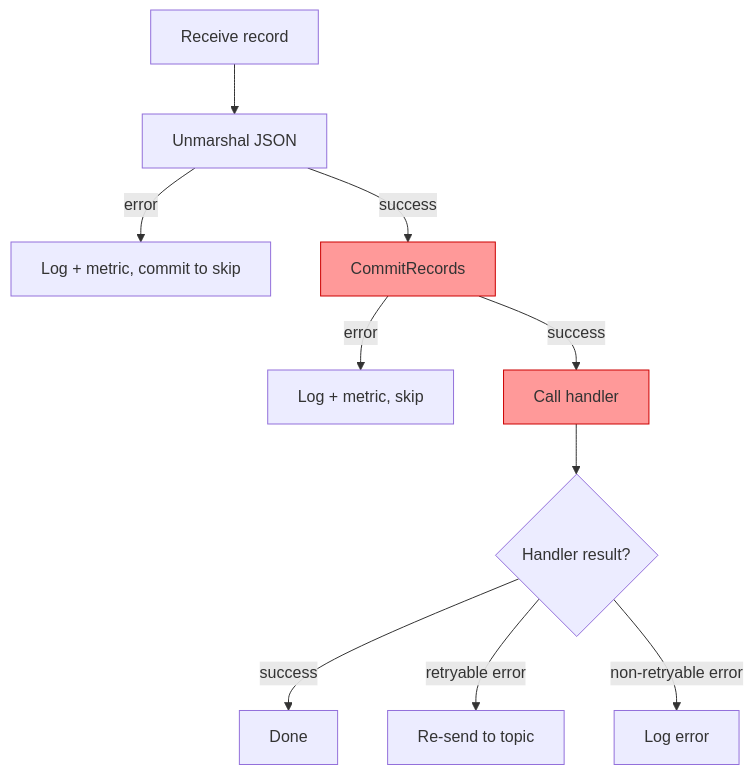
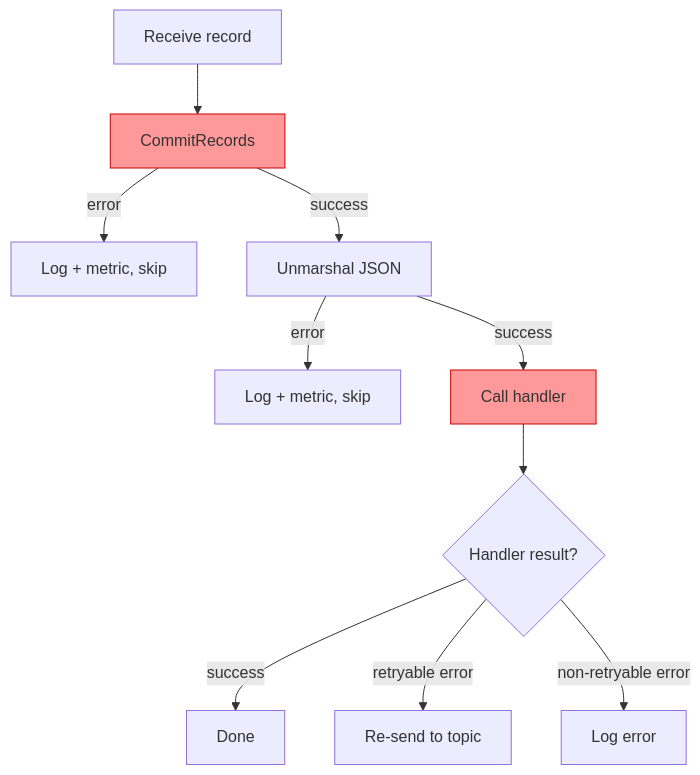
One commit to matmazurk/oidc-keepie changed the third of 10 diagrams in kafka/README.md. Above: the diagram before and after it, drawn with Mermaid. The commit also changed other lines of this file and 1 other file, not shown here.

Commit message:
commit offset at the very beginning

````diff
--- a/kafka/README.md
+++ b/kafka/README.md
@@ -83,15 +79,15 @@
 ```mermaid
 graph TD
-    A[Receive record] --> B[Unmarshal JSON]
-    B -->|error| B1[Log + metric, commit to skip]
-    B -->|success| C[CommitRecords]
+    A[Receive record] --> B[CommitRecords]
+    B -->|error| B1[Log + metric, skip]
+    B -->|success| C[Unmarshal JSON]
     C -->|error| C1[Log + metric, skip]
     C -->|success| D[Call handler]
     D --> E{Handler result?}
     E -->|success| F[Done]
     E -->|retryable error| G[Re-send to topic]
     E -->|non-retryable error| H[Log error]
 
-    style C fill:#ff9999,stroke:#cc0000
+    style B fill:#ff9999,stroke:#cc0000
     style D fill:#ff9999,stroke:#cc0000
 ```
````
